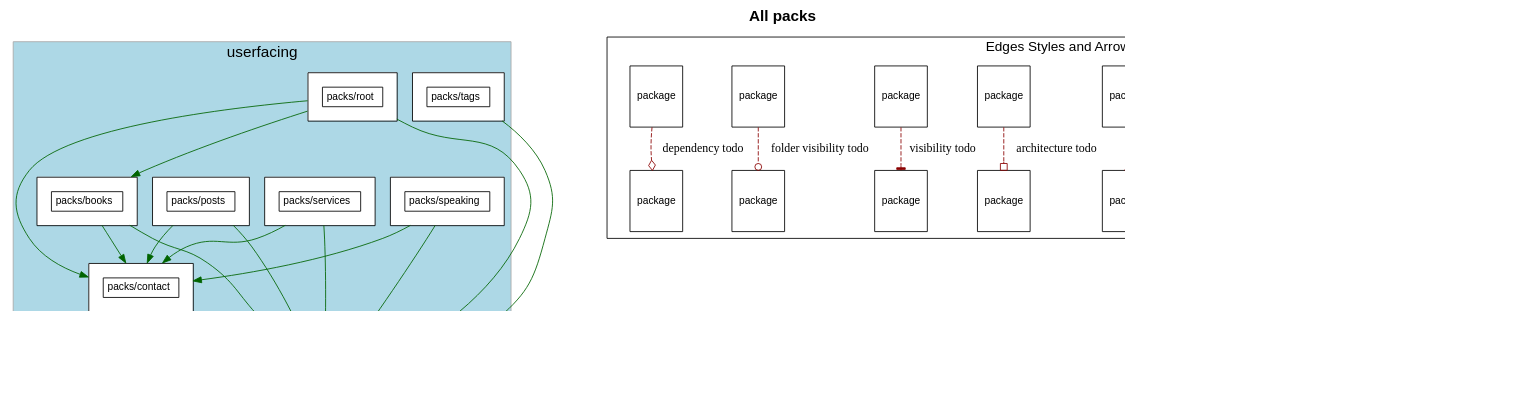
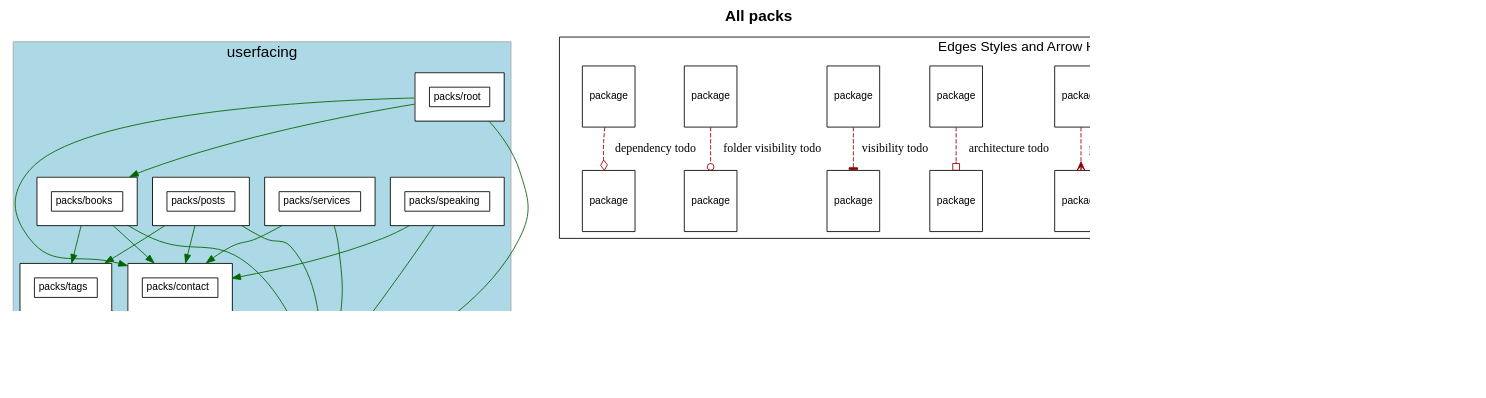
Before and after one commit to shageman/stephanhagemann.com: the diagram in packs.dot, drawn with Graphviz. The commit also changed 9 other files, not shown here.

Commit message:
Books: shows tags on pages

```diff
--- a/packs.dot
+++ b/packs.dot
@@ -154,9 +154,11 @@
     }
           "packs/books" -> "packs/contact" [ color=darkgreen ]
           "packs/books" -> "packs/rails_shims" [ color=darkgreen ]
+          "packs/books" -> "packs/tags" [ color=darkgreen ]
           "packs/contact" -> "packs/rails_shims" [ color=darkgreen ]
           "packs/posts" -> "packs/contact" [ color=darkgreen ]
           "packs/posts" -> "packs/rails_shims" [ color=darkgreen ]
+          "packs/posts" -> "packs/tags" [ color=darkgreen ]
           "packs/root" -> "packs/books" [ color=darkgreen ]
           "packs/root" -> "packs/contact" [ color=darkgreen ]
           "packs/root" -> "packs/rails_shims" [ color=darkgreen ]
```
